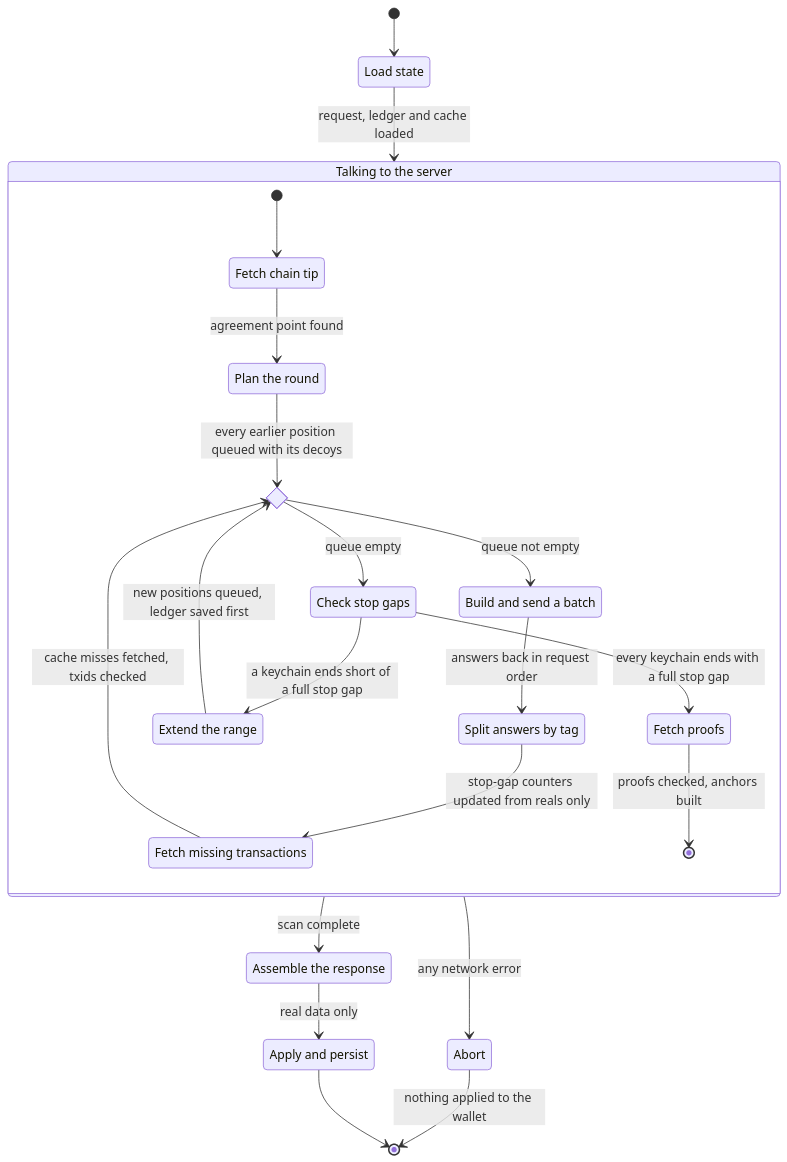
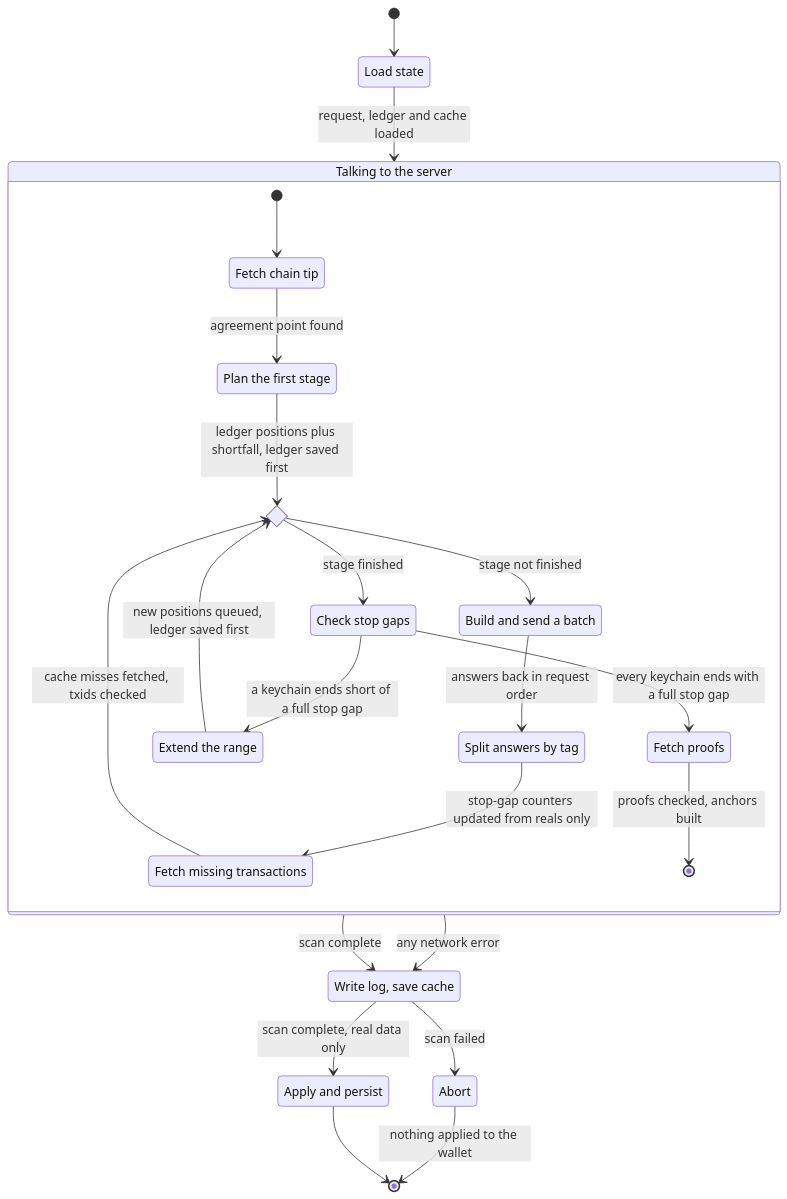
Before and after one commit to yogesh0509/Haystack: the second of 3 diagrams in docs/02-design.md, drawn with Mermaid. The commit also changed other lines of this file and 19 other files, not shown here.

````diff
--- a/docs/02-design.md
+++ b/docs/02-design.md
@@ -634,38 +573,39 @@
 ```mermaid
 stateDiagram-v2
     state "Load state" as Load
     state "Talking to the server" as Online {
         state "Fetch chain tip" as Tip
-        state "Plan the round" as Plan
+        state "Plan the first stage" as Plan
         state queue_left <<choice>>
         state "Build and send a batch" as Send
         state "Split answers by tag" as Split
         state "Fetch missing transactions" as FetchTx
         state "Check stop gaps" as Gap
         state "Extend the range" as Extend
         state "Fetch proofs" as Proofs
         [*] --> Tip
         Tip --> Plan: agreement point found
-        Plan --> queue_left: every earlier position queued with its decoys
-        queue_left --> Send: queue not empty
-        queue_left --> Gap: queue empty
+        Plan --> queue_left: ledger positions plus shortfall, ledger saved first
+        queue_left --> Send: stage not finished
+        queue_left --> Gap: stage finished
         Send --> Split: answers back in request order
         Split --> FetchTx: stop-gap counters updated from reals only
         FetchTx --> queue_left: cache misses fetched, txids checked
         Gap --> Extend: a keychain ends short of a full stop gap
         Extend --> queue_left: new positions queued, ledger saved first
         Gap --> Proofs: every keychain ends with a full stop gap
         Proofs --> [*]: proofs checked, anchors built
     }
-    state "Assemble the response" as Assemble
+    state "Write log, save cache" as Save
     state "Apply and persist" as Apply
     state "Abort" as Abort
 
     [*] --> Load
     Load --> Online: request, ledger and cache loaded
-    Online --> Assemble: scan complete
-    Online --> Abort: any network error
-    Assemble --> Apply: real data only
+    Online --> Save: scan complete
+    Online --> Save: any network error
+    Save --> Apply: scan complete, real data only
+    Save --> Abort: scan failed
     Apply --> [*]
     Abort --> [*]: nothing applied to the wallet
 ```
````
